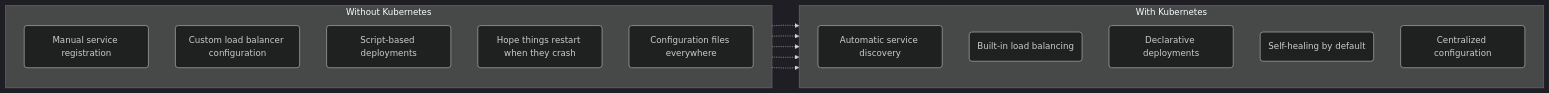
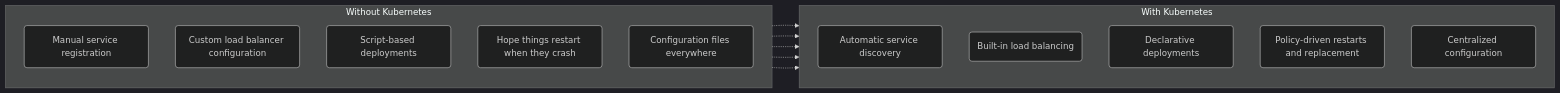
One commit to kube-dojo/kube-dojo.github.io changed the third of 10 diagrams in src/content/docs/prerequisites/cloud-native-101/module-1.5-monolith-to-microservices.md. Above: the diagram before and after it, drawn with Mermaid (dark theme). The commit also changed other lines of this file and 5 other files, not shown here.

Commit message:
fix(prerequisites): qualify orchestration and architecture claims (#2278)

````diff
--- a/src/content/docs/prerequisites/cloud-native-101/module-1.5-monolith-to-microservices.md
+++ b/src/content/docs/prerequisites/cloud-native-101/module-1.5-monolith-to-microservices.md
@@ -172,26 +172,26 @@
 ```mermaid
 flowchart LR
     subgraph Without [Without Kubernetes]
         direction TB
         W1(Manual service registration)
         W2(Custom load balancer configuration)
         W3(Script-based deployments)
         W4(Hope things restart when they crash)
         W5(Configuration files everywhere)
     end
     
     subgraph With [With Kubernetes]
         direction TB
         K1(Automatic service discovery)
         K2(Built-in load balancing)
         K3(Declarative deployments)
-        K4(Self-healing by default)
+        K4(Policy-driven restarts and replacement)
         K5(Centralized configuration)
     end
     
     W1 -.-> K1
     W2 -.-> K2
     W3 -.-> K3
     W4 -.-> K4
     W5 -.-> K5
 ```
````
